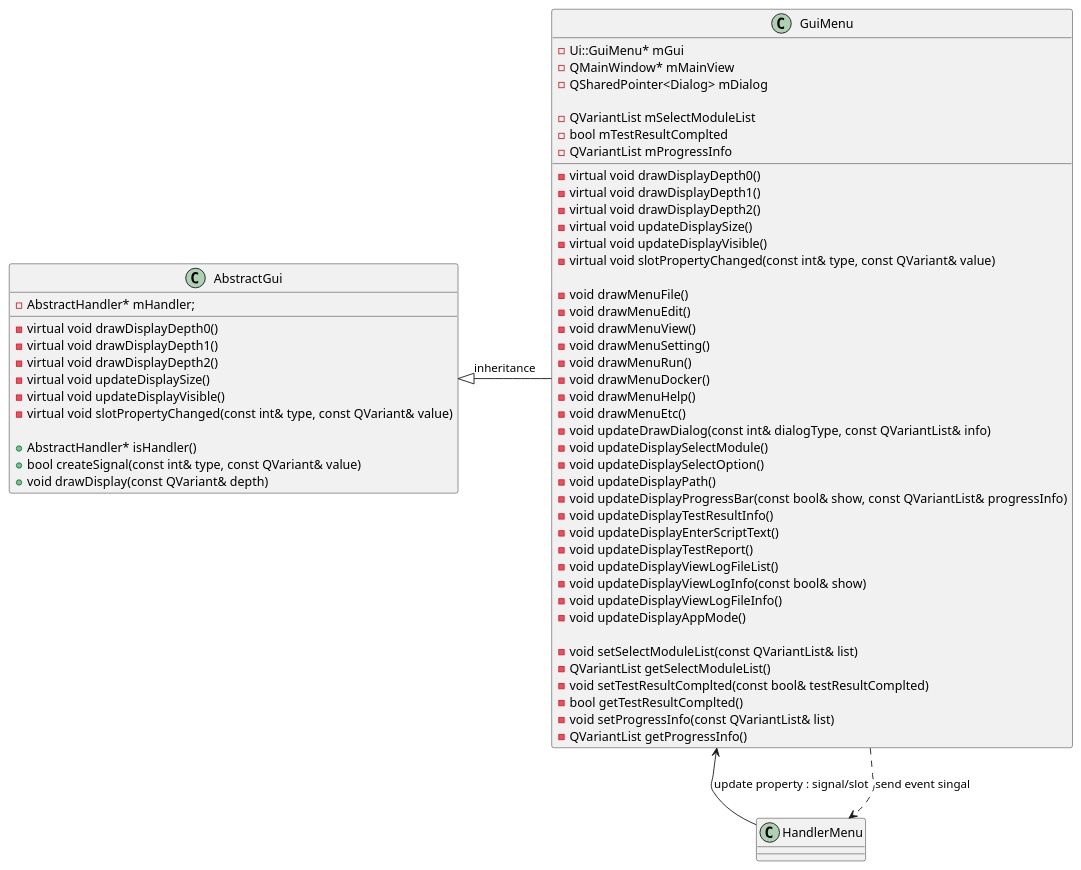
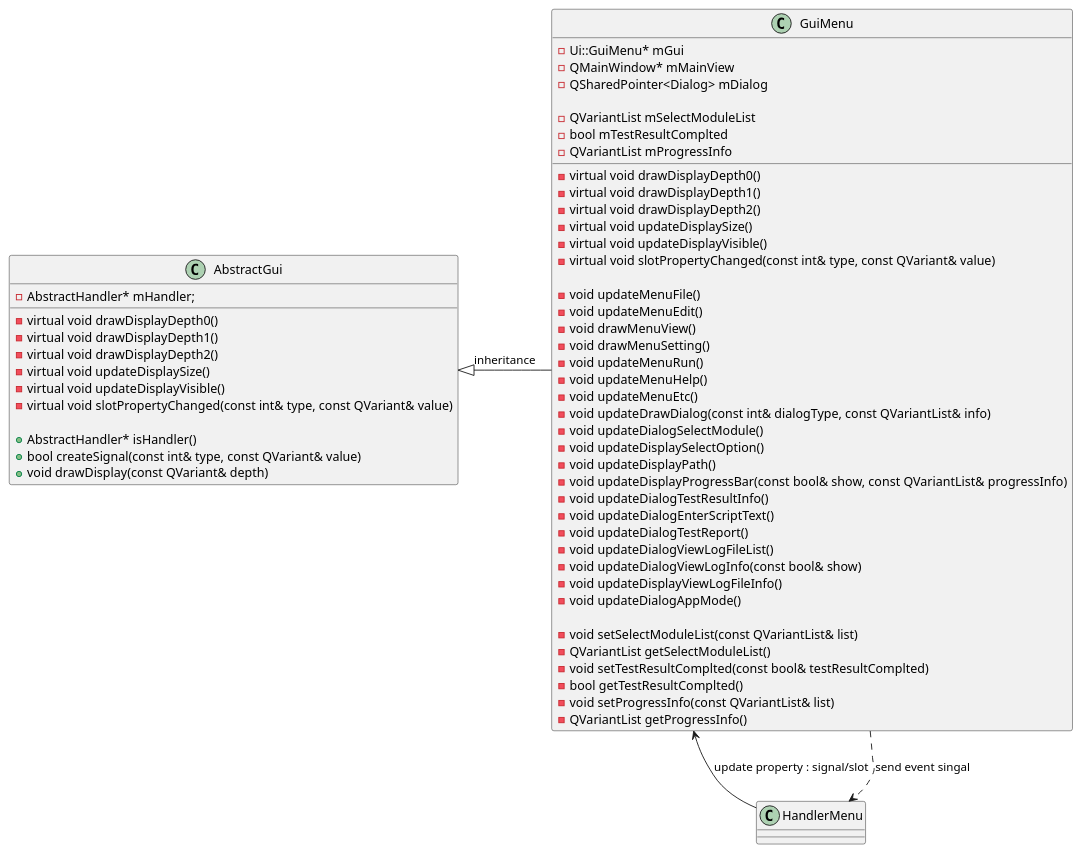
Before and after one commit to rlarudgh1997/Application: the diagram in Diagram/020_Menu/ClassDiagram_MenuGui.plantuml, drawn with PlantUML. The commit also changed 12 other files, not shown here.

```diff
--- a/Diagram/020_Menu/ClassDiagram_MenuGui.plantuml
+++ b/Diagram/020_Menu/ClassDiagram_MenuGui.plantuml
@@ -1,71 +1,70 @@
 @startuml
 
 ' AbstractGui 클래스 정의
 class AbstractGui {
     -virtual void drawDisplayDepth0()
     -virtual void drawDisplayDepth1()
     -virtual void drawDisplayDepth2()
     -virtual void updateDisplaySize()
     -virtual void updateDisplayVisible()
     -virtual void slotPropertyChanged(const int& type, const QVariant& value)
 
     +AbstractHandler* isHandler()
     +bool createSignal(const int& type, const QVariant& value)
     +void drawDisplay(const QVariant& depth)
 
     -AbstractHandler* mHandler;
 }
 
 ' GuiMenu 클래스 정의
 class GuiMenu {
     -virtual void drawDisplayDepth0()
     -virtual void drawDisplayDepth1()
     -virtual void drawDisplayDepth2()
     -virtual void updateDisplaySize()
     -virtual void updateDisplayVisible()
     -virtual void slotPropertyChanged(const int& type, const QVariant& value)
 
-    -void drawMenuFile()
-    -void drawMenuEdit()
+    -void updateMenuFile()
+    -void updateMenuEdit()
     -void drawMenuView()
     -void drawMenuSetting()
-    -void drawMenuRun()
-    -void drawMenuDocker()
-    -void drawMenuHelp()
-    -void drawMenuEtc()
+    -void updateMenuRun()
+    -void updateMenuHelp()
+    -void updateMenuEtc()
     -void updateDrawDialog(const int& dialogType, const QVariantList& info)
-    -void updateDisplaySelectModule()
+    -void updateDialogSelectModule()
     -void updateDisplaySelectOption()
     -void updateDisplayPath()
     -void updateDisplayProgressBar(const bool& show, const QVariantList& progressInfo)
-    -void updateDisplayTestResultInfo()
-    -void updateDisplayEnterScriptText()
-    -void updateDisplayTestReport()
-    -void updateDisplayViewLogFileList()
-    -void updateDisplayViewLogInfo(const bool& show)
+    -void updateDialogTestResultInfo()
+    -void updateDialogEnterScriptText()
+    -void updateDialogTestReport()
+    -void updateDialogViewLogFileList()
+    -void updateDialogViewLogInfo(const bool& show)
     -void updateDisplayViewLogFileInfo()
-    -void updateDisplayAppMode()
+    -void updateDialogAppMode()
 
     -void setSelectModuleList(const QVariantList& list)
     -QVariantList getSelectModuleList()
     -void setTestResultComplted(const bool& testResultComplted)
     -bool getTestResultComplted()
     -void setProgressInfo(const QVariantList& list)
     -QVariantList getProgressInfo()
 
     -Ui::GuiMenu* mGui
     -QMainWindow* mMainView
     -QSharedPointer<Dialog> mDialog
 
     -QVariantList mSelectModuleList
     -bool mTestResultComplted
     -QVariantList mProgressInfo
 }
 
 
 ' 클래스 간의 관계 정의
 AbstractGui <|- GuiMenu : inheritance
 GuiMenu <-- HandlerMenu : update property : signal/slot
 GuiMenu ..> HandlerMenu : send event singal
 
 @enduml
```
